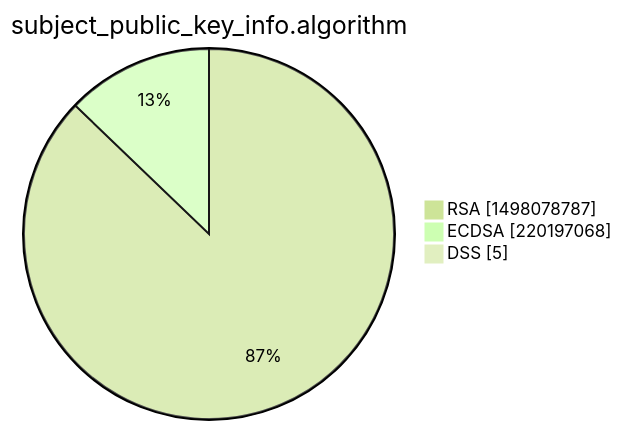
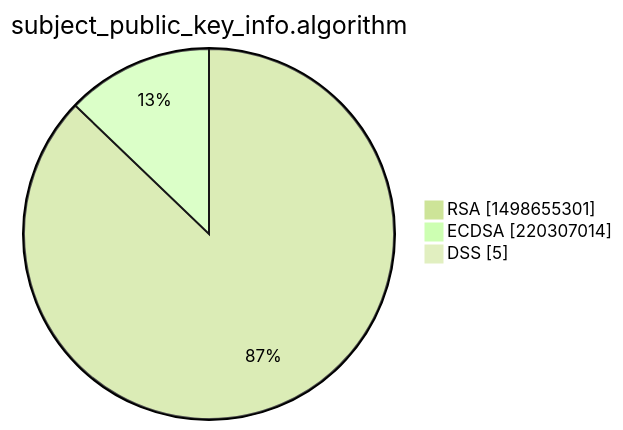
One commit to christiankrug/ctmonitor_visualization changed the third of 15 diagrams in xenon2022/README.md. Above: the diagram before and after it, drawn with Mermaid (forest theme). The commit also changed other lines of this file, not shown here.

````diff
--- a/xenon2022/README.md
+++ b/xenon2022/README.md
@@ -14,7 +14,7 @@
 ```mermaid
 pie showData
 title subject_public_key_info.algorithm
-"RSA" :1498078787
-"ECDSA" :220197068
+"RSA" :1498655301
+"ECDSA" :220307014
 "DSS" :5
 ```
````
